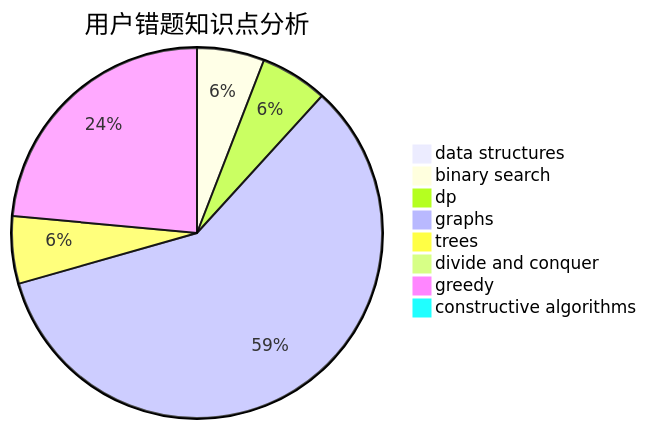
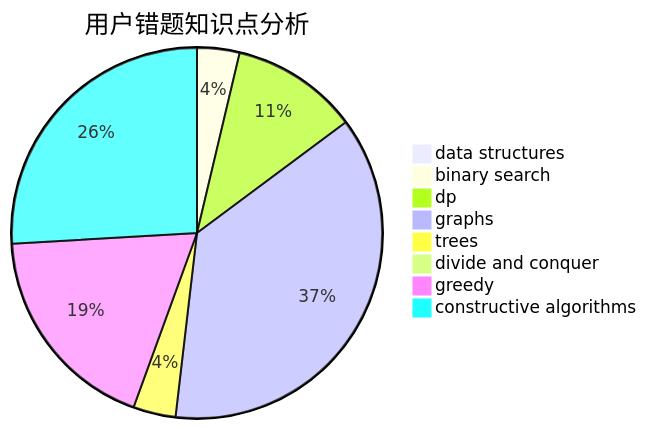
One commit to sherpahu/cfrs.github.io changed the third of 3 diagrams in docs/user/u2181.md. Above: the diagram before and after it, drawn with Mermaid. The commit also changed other lines of this file and 2770 other files, not shown here.

````diff
--- a/docs/user/u2181.md
+++ b/docs/user/u2181.md
@@ -36,11 +36,11 @@
 ```mermaid
 pie title 用户错题知识点分析
     "data structures" :  0
     "binary search" :  1
-    "dp" :  1
+    "dp" :  3
     "graphs" :  10
     "trees" :  1
     "divide and conquer" :  0
-    "greedy" :  4
-    "constructive algorithms" :  0
+    "greedy" :  5
+    "constructive algorithms" :  7
 ```
````
